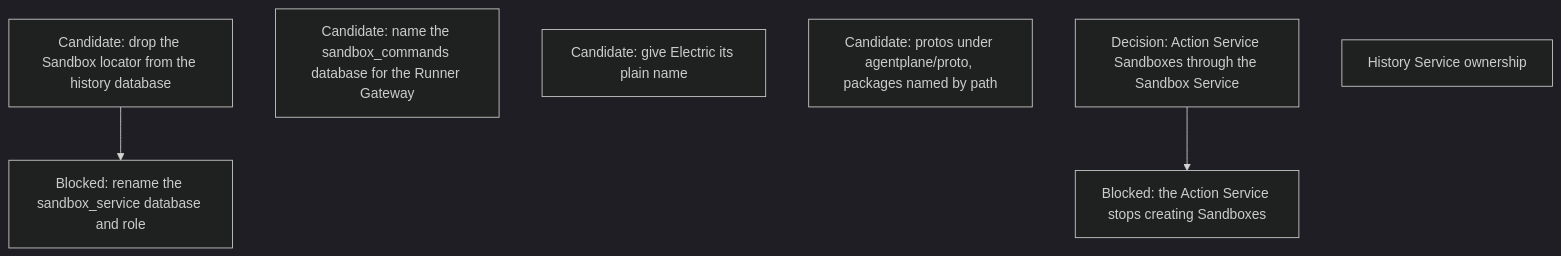
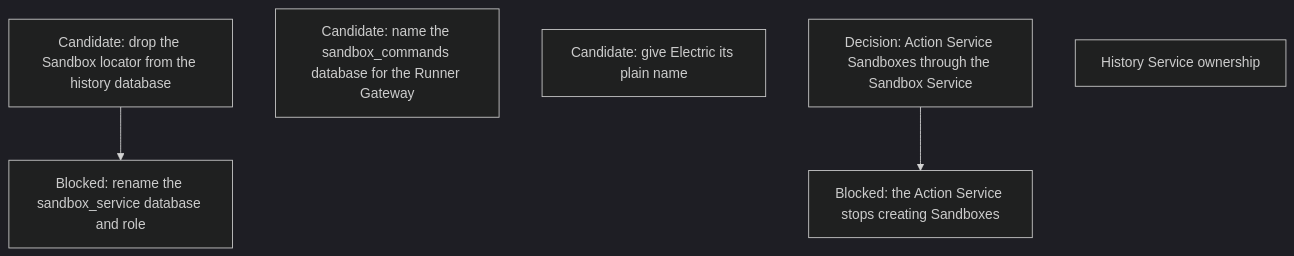
One commit to agentydragon-agent/ducktape changed the tenth of 13 diagrams in agentplane/plans/task_dag.md. Above: the diagram before and after it, drawn with Mermaid (dark theme). The commit also changed other lines of this file and 37 other files, not shown here.

````diff
--- a/agentplane/plans/task_dag.md
+++ b/agentplane/plans/task_dag.md
@@ -675,13 +675,12 @@
 ```mermaid
 flowchart TD
     HISTORY_SANDBOX_LOCATOR_DROP[Candidate: drop the Sandbox locator from the history database]
     HISTORY_DATABASE_RENAME[Blocked: rename the sandbox_service database and role]
     SANDBOX_DATABASE_RENAME[Candidate: name the sandbox_commands database for the Runner Gateway]
     ELECTRIC_DEPLOYMENT_RENAME[Candidate: give Electric its plain name]
-    PROTO_DIRECTORY[Candidate: protos under agentplane/proto, packages named by path]
     ACTION_SANDBOX_DESIGN[Decision: Action Service Sandboxes through the Sandbox Service]
     ACTION_SANDBOX_PROVISIONING[Blocked: the Action Service stops creating Sandboxes]
     ACTION_SANDBOX_DESIGN --> ACTION_SANDBOX_PROVISIONING
     HISTORY_SERVICE_OWNERSHIP[History Service ownership]
     HISTORY_SANDBOX_LOCATOR_DROP --> HISTORY_DATABASE_RENAME
 ```
````
